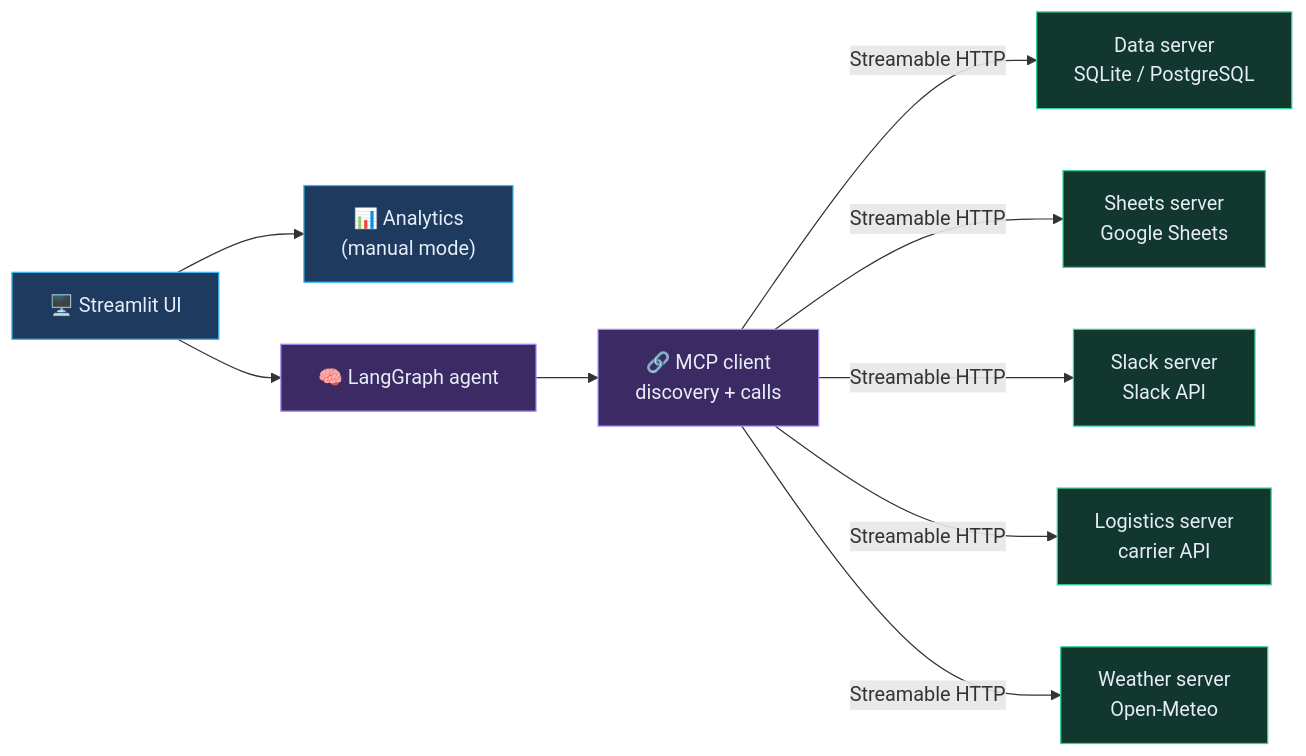
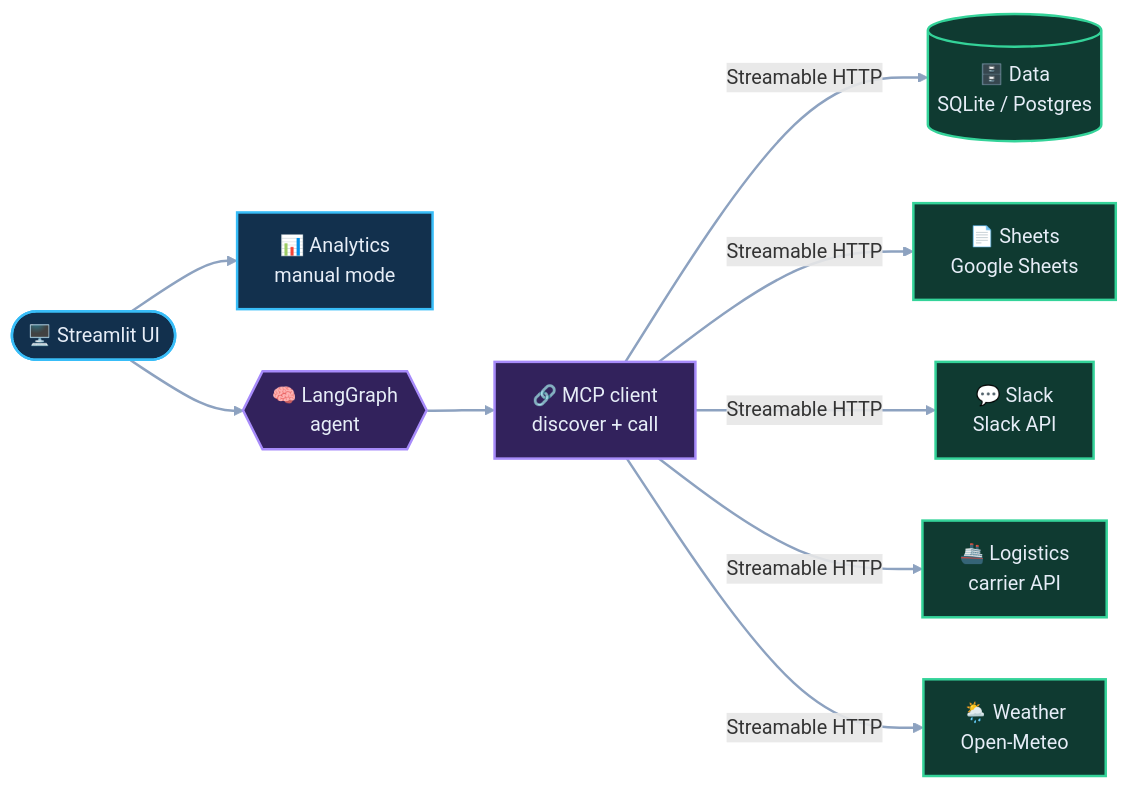
Before and after one commit to armaans-29/MCP-Integrated-Supply-Chain-Risk-Intelligence-Decision-Support-System: the first of 3 diagrams in README.md, drawn with Mermaid. The commit also changed other lines of this file, not shown here.

````diff
--- a/README.md
+++ b/README.md
@@ -88,23 +174,21 @@
 ```mermaid
 flowchart LR
-    UI["🖥️ Streamlit UI"]
-    AN["📊 Analytics<br/>(manual mode)"]
-    AG["🧠 LangGraph agent"]
-    MC["🔗 MCP client<br/>discovery + calls"]
-    S1["Data server<br/>SQLite / PostgreSQL"]
-    S2["Sheets server<br/>Google Sheets"]
-    S3["Slack server<br/>Slack API"]
-    S4["Logistics server<br/>carrier API"]
-    S5["Weather server<br/>Open-Meteo"]
+    UI(["🖥️ Streamlit UI"]):::ui
+    AN["📊 Analytics<br/>manual mode"]:::ui
+    AG{{"🧠 LangGraph<br/>agent"}}:::brain
+    MC["🔗 MCP client<br/>discover + call"]:::brain
+    S1[("🗄️ Data<br/>SQLite / Postgres")]:::srv
+    S2["📄 Sheets<br/>Google Sheets"]:::srv
+    S3["💬 Slack<br/>Slack API"]:::srv
+    S4["🚢 Logistics<br/>carrier API"]:::srv
+    S5["🌦️ Weather<br/>Open-Meteo"]:::srv
 
     UI --> AN
     UI --> AG --> MC
-    MC -->|Streamable HTTP| S1 & S2 & S3 & S4 & S5
+    MC ==>|Streamable HTTP| S1 & S2 & S3 & S4 & S5
 
-    classDef ui fill:#1e3a5f,stroke:#38bdf8,color:#e6edf7
-    classDef brain fill:#3b2a63,stroke:#a78bfa,color:#e6edf7
-    classDef srv fill:#12372f,stroke:#34d399,color:#e6edf7
-    class UI,AN ui
-    class AG,MC brain
-    class S1,S2,S3,S4,S5 srv
+    classDef ui fill:#12304d,stroke:#38bdf8,stroke-width:2px,color:#e6edf7
+    classDef brain fill:#32225c,stroke:#a78bfa,stroke-width:2px,color:#e6edf7
+    classDef srv fill:#0f3a31,stroke:#34d399,stroke-width:2px,color:#e6edf7
+    linkStyle default stroke:#8da2c0,stroke-width:2px
 ```
````
